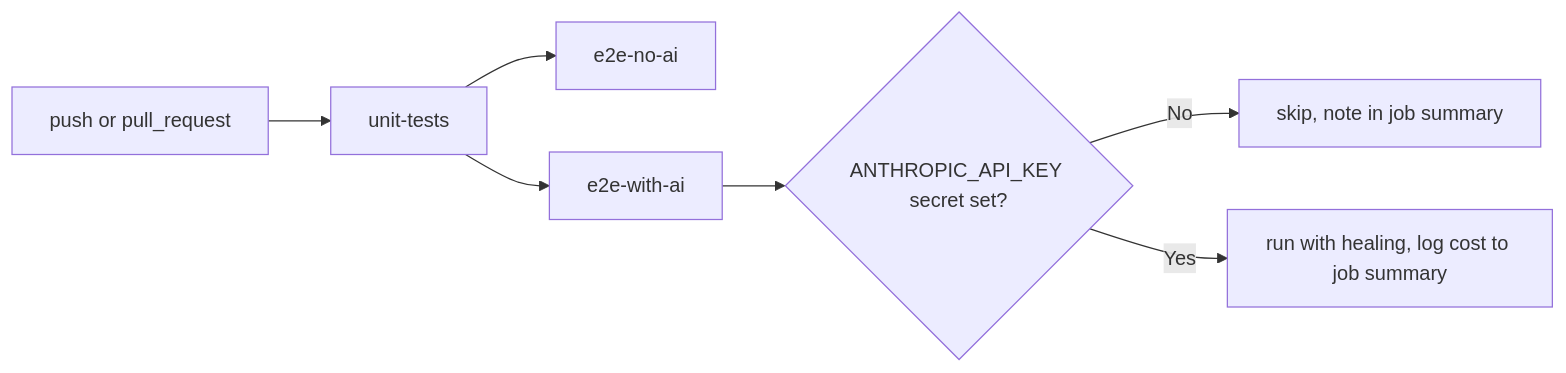
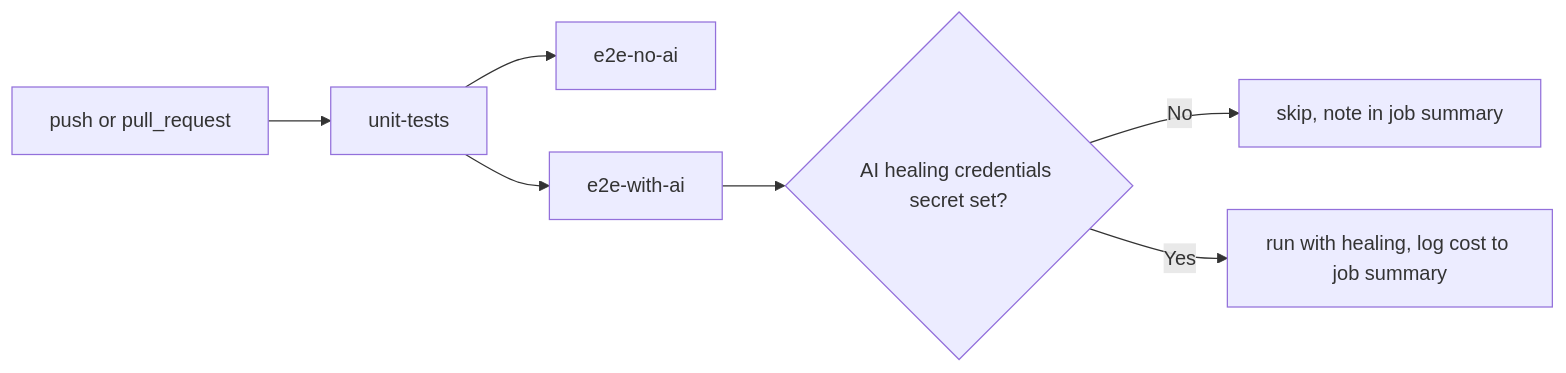
One commit to veeresh-bikkaneti/cucumberBDDParallel changed the first of 2 diagrams in PLAYBOOK.md. Above: the diagram before and after it, drawn with Mermaid. The commit also changed other lines of this file and 12 other files, not shown here.

First line of the commit message:
Add multi-provider AI healing: Anthropic, OpenAI BYOK, and Ollama

````diff
--- a/PLAYBOOK.md
+++ b/PLAYBOOK.md
@@ -132,9 +133,9 @@
 ```mermaid
 flowchart LR
     A[push or pull_request] --> B[unit-tests]
     B --> C[e2e-no-ai]
     B --> D[e2e-with-ai]
-    D --> E{ANTHROPIC_API_KEY secret set?}
+    D --> E{AI healing credentials secret set?}
     E -->|No| F[skip, note in job summary]
     E -->|Yes| G[run with healing, log cost to job summary]
 ```
````
